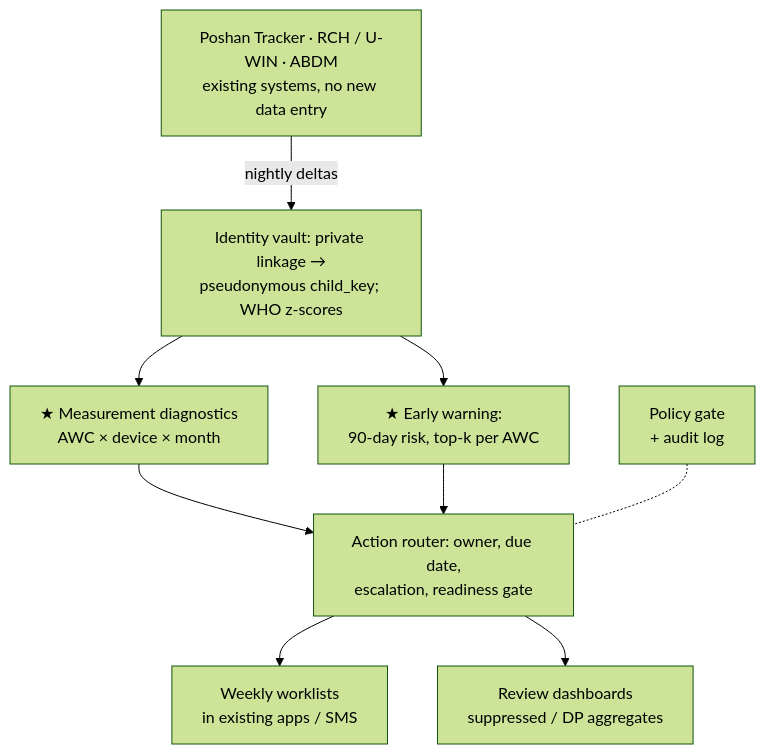
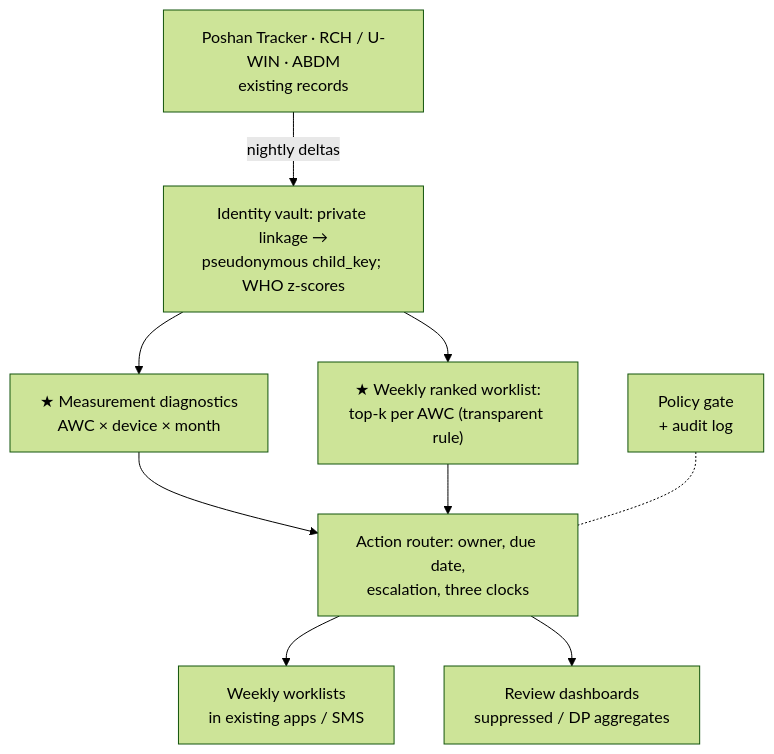
The diagram in india71-t1-nutrition/deliverables/round1-proposal.md (imdigitalashish/techfest-2026), drawn with Mermaid (forest theme) before and after one commit. The commit also changed other lines of this file and 4 other files, not shown here.

Commit message:
india71-t1-nutrition: proposal v0.3 (all accepted cross-model review changes; v1 early-warning result: transparent WHZ rule beats ML), eval/check_docs.py anti-drift check (16/16), components/thought node v1 numbers, clean result JSONs

````diff
--- a/india71-t1-nutrition/deliverables/round1-proposal.md
+++ b/india71-t1-nutrition/deliverables/round1-proposal.md
@@ -41,19 +49,19 @@
 ```mermaid
 flowchart TB
-  S["Poshan Tracker · RCH / U-WIN · ABDM<br/>existing systems, no new data entry"]
+  S["Poshan Tracker · RCH / U-WIN · ABDM<br/>existing records"]
   V["Identity vault: private linkage →<br/>pseudonymous child_key; WHO z-scores"]
   D["★ Measurement diagnostics<br/>AWC × device × month"]
-  E["★ Early warning:<br/>90-day risk, top-k per AWC"]
-  R["Action router: owner, due date,<br/>escalation, readiness gate"]
+  E["★ Weekly ranked worklist:<br/>top-k per AWC (transparent rule)"]
+  R["Action router: owner, due date,<br/>escalation, three clocks"]
   G["Policy gate<br/>+ audit log"]
   W["Weekly worklists<br/>in existing apps / SMS"]
   A["Review dashboards<br/>suppressed / DP aggregates"]
   S -->|nightly deltas| V
   V --> D
   V --> E
   D --> R
   E --> R
   G -.- R
   R --> W
   R --> A
 ```
````
